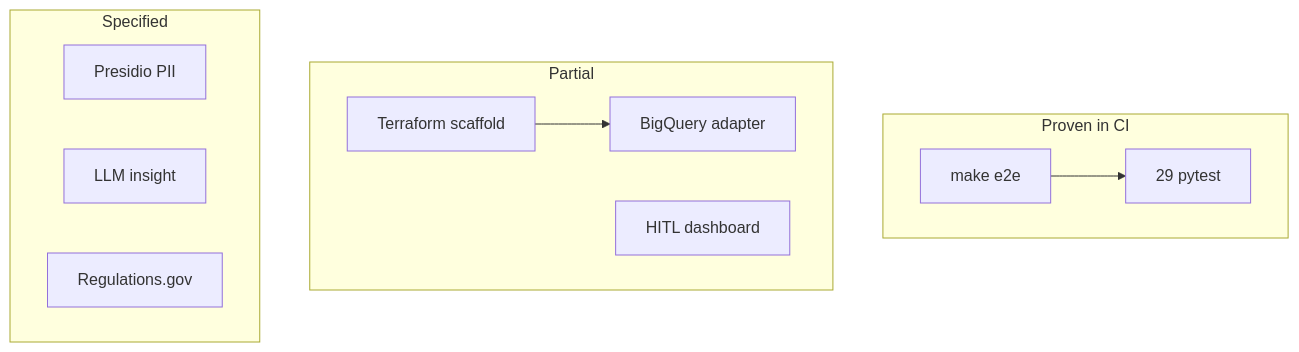
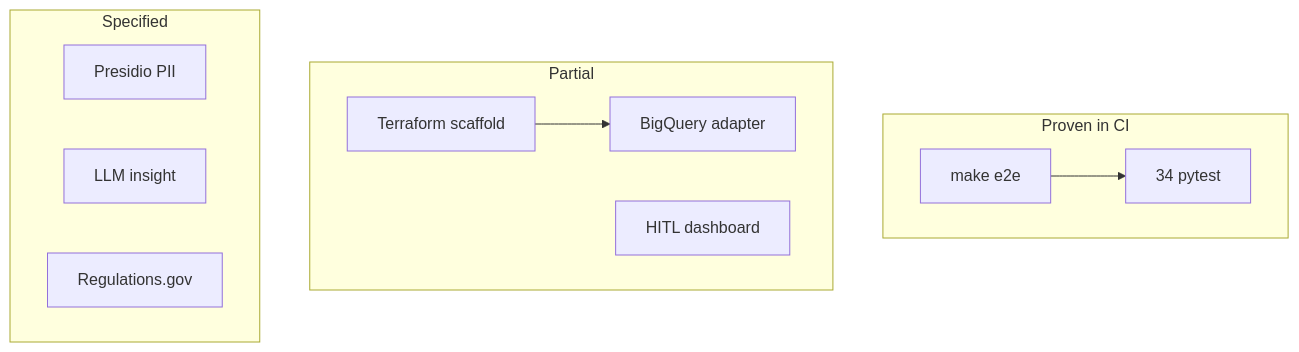
Before and after one commit to khaosans/operator-etl: the diagram in docs/FINAL-REVIEW.md, drawn with Mermaid. The commit also changed other lines of this file and 33 other files, not shown here.

````diff
--- a/docs/FINAL-REVIEW.md
+++ b/docs/FINAL-REVIEW.md
@@ -41,22 +45,22 @@
 ```mermaid
 flowchart TB
   subgraph proven [Proven in CI]
     E2E[make e2e]
-    Pytest[29 pytest]
+    Pytest[34 pytest]
   end
 
   subgraph partial [Partial]
     TF[Terraform scaffold]
     BQ[BigQuery adapter]
     HITL[HITL dashboard]
   end
 
   subgraph specified [Specified]
     Presidio[Presidio PII]
     LLM[LLM insight]
     RegGov[Regulations.gov]
   end
 
   E2E --> Pytest
   TF --> BQ
 ```
````
